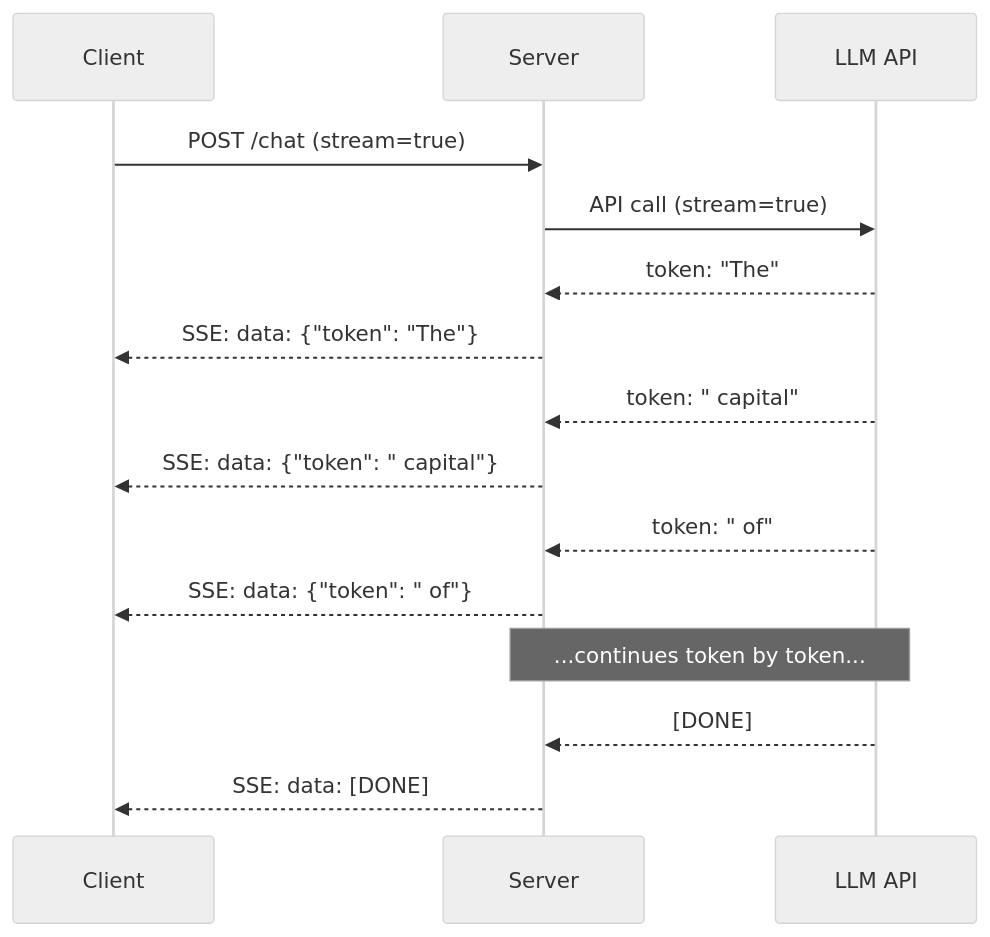
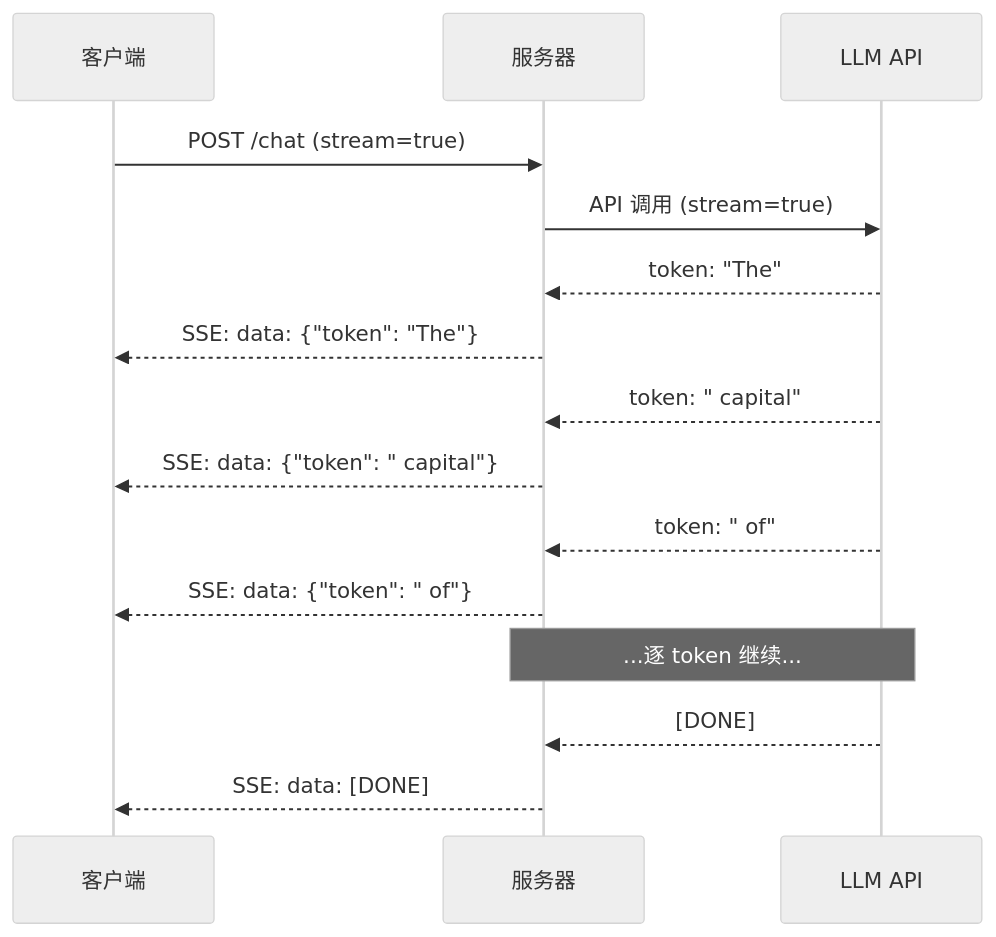
Before and after one commit to alessandrodinisio-ai/ai-engineering-learning-framework: the second of 3 diagrams in phases/11-llm-engineering/13-production-app/docs/zh.md, drawn with Mermaid (neutral theme). The commit also changed other lines of this file and 120 other files, not shown here.

First line of the commit message:
i18n(mermaid): 337 个 mermaid 图表标签中文化

````diff
--- a/phases/11-llm-engineering/13-production-app/docs/zh.md
+++ b/phases/11-llm-engineering/13-production-app/docs/zh.md
@@ -86,18 +86,18 @@
 ```mermaid
 sequenceDiagram
-    participant C as Client
-    participant S as Server
+    participant C as 客户端
+    participant S as 服务器
     participant L as LLM API
 
     C->>S: POST /chat (stream=true)
-    S->>L: API call (stream=true)
+    S->>L: API 调用 (stream=true)
     L-->>S: token: "The"
     S-->>C: SSE: data: {"token": "The"}
     L-->>S: token: " capital"
     S-->>C: SSE: data: {"token": " capital"}
     L-->>S: token: " of"
     S-->>C: SSE: data: {"token": " of"}
-    Note over L,S: ...continues token by token...
+    Note over L,S: ...逐 token 继续...
     L-->>S: [DONE]
     S-->>C: SSE: data: [DONE]
 ```
````
